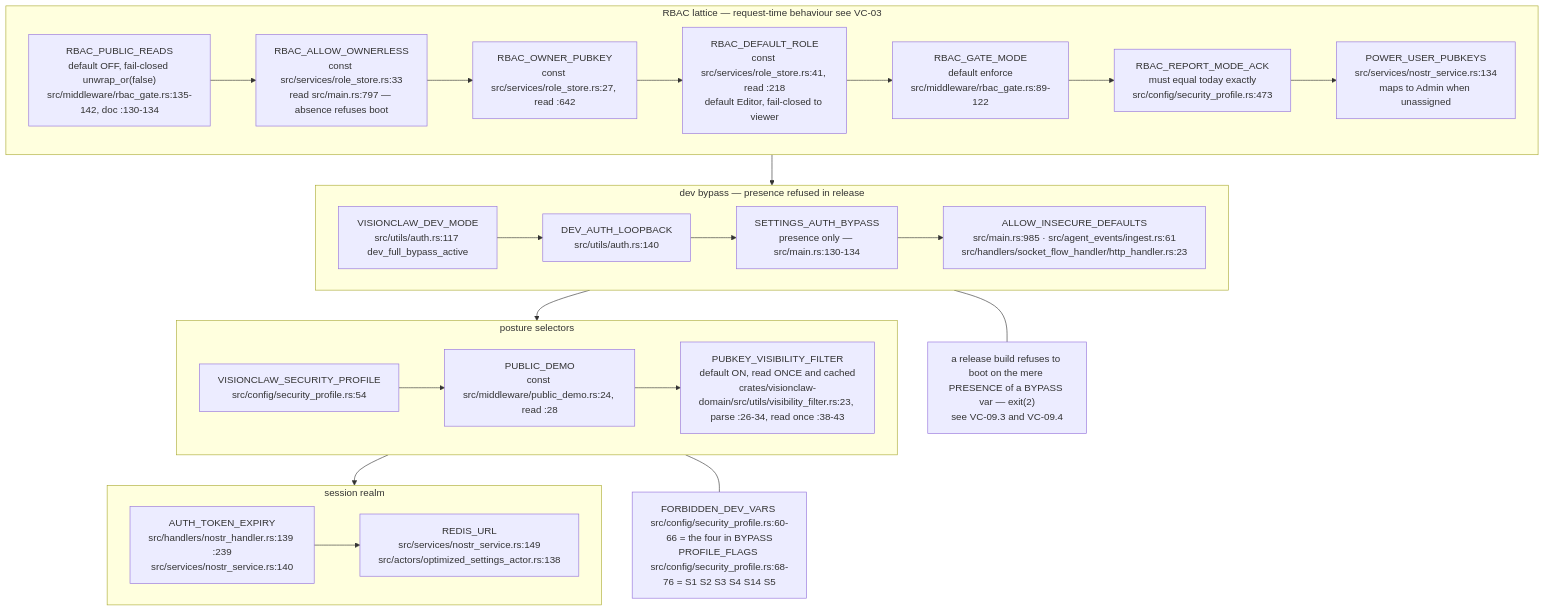
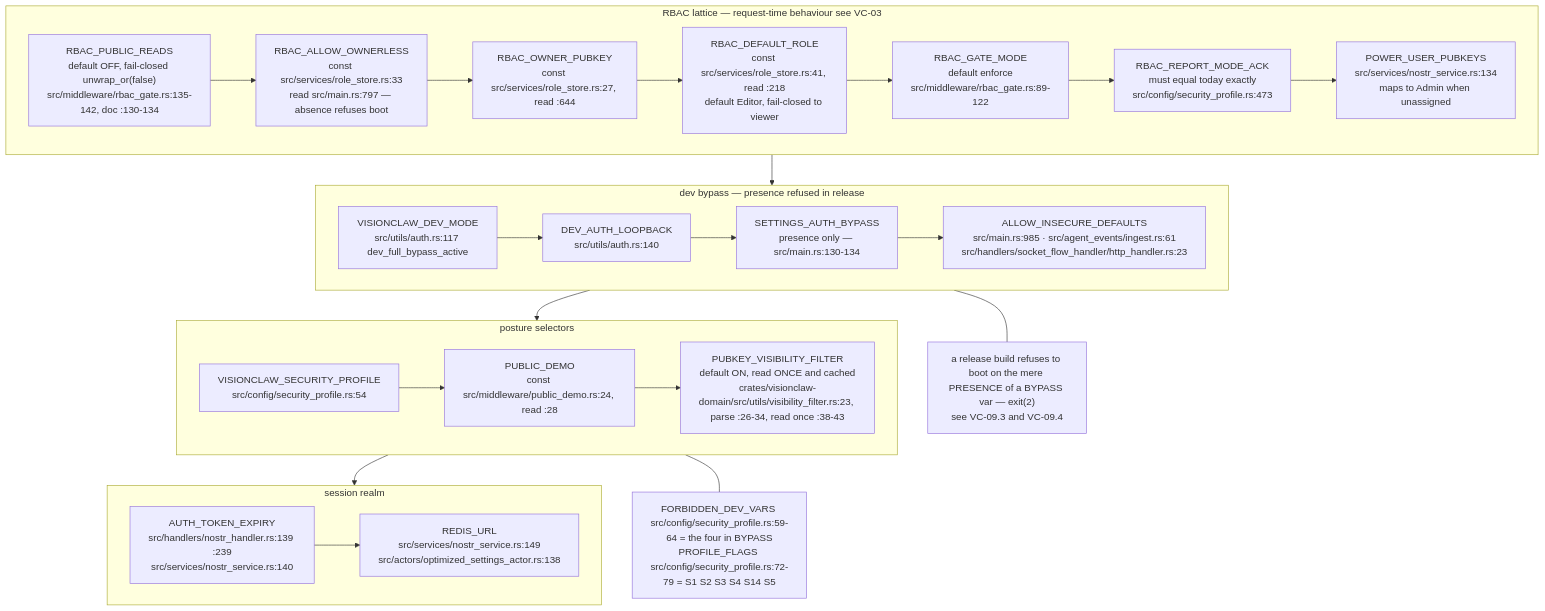
The ninth of 16 diagrams in docs/diagrams/visionclaw/09-config-and-env-flags.md (DreamLab-AI/VisionFlow), drawn with Mermaid before and after one commit. The commit also changed other lines of this file and 173 other files, not shown here.

````diff
--- a/docs/diagrams/visionclaw/09-config-and-env-flags.md
+++ b/docs/diagrams/visionclaw/09-config-and-env-flags.md
@@ -414,20 +416,20 @@
 ```mermaid
 flowchart TB
     subgraph RBAC["RBAC lattice — request-time behaviour see VC-03"]
-        S1["RBAC_PUBLIC_READS<br/>default OFF, fail-closed unwrap_or(false)<br/>src/middleware/rbac_gate.rs:135-142, doc :130-134"] --> S2["RBAC_ALLOW_OWNERLESS<br/>const src/services/role_store.rs:33<br/>read src/main.rs:797 — absence refuses boot"] --> S3["RBAC_OWNER_PUBKEY<br/>const src/services/role_store.rs:27, read :642"] --> S4["RBAC_DEFAULT_ROLE<br/>const src/services/role_store.rs:41, read :218<br/>default Editor, fail-closed to viewer"] --> S5["RBAC_GATE_MODE<br/>default enforce<br/>src/middleware/rbac_gate.rs:89-122"] --> S6["RBAC_REPORT_MODE_ACK<br/>must equal today exactly<br/>src/config/security_profile.rs:473"] --> S7["POWER_USER_PUBKEYS<br/>src/services/nostr_service.rs:134<br/>maps to Admin when unassigned"]
+        S1["RBAC_PUBLIC_READS<br/>default OFF, fail-closed unwrap_or(false)<br/>src/middleware/rbac_gate.rs:135-142, doc :130-134"] --> S2["RBAC_ALLOW_OWNERLESS<br/>const src/services/role_store.rs:33<br/>read src/main.rs:797 — absence refuses boot"] --> S3["RBAC_OWNER_PUBKEY<br/>const src/services/role_store.rs:27, read :644"] --> S4["RBAC_DEFAULT_ROLE<br/>const src/services/role_store.rs:41, read :218<br/>default Editor, fail-closed to viewer"] --> S5["RBAC_GATE_MODE<br/>default enforce<br/>src/middleware/rbac_gate.rs:89-122"] --> S6["RBAC_REPORT_MODE_ACK<br/>must equal today exactly<br/>src/config/security_profile.rs:473"] --> S7["POWER_USER_PUBKEYS<br/>src/services/nostr_service.rs:134<br/>maps to Admin when unassigned"]
     end
     subgraph BYPASS["dev bypass — presence refused in release"]
         S8["VISIONCLAW_DEV_MODE<br/>src/utils/auth.rs:117 dev_full_bypass_active"] --> S9["DEV_AUTH_LOOPBACK<br/>src/utils/auth.rs:140"] --> S10["SETTINGS_AUTH_BYPASS<br/>presence only — src/main.rs:130-134"] --> S11["ALLOW_INSECURE_DEFAULTS<br/>src/main.rs:985 · src/agent_events/ingest.rs:61<br/>src/handlers/socket_flow_handler/http_handler.rs:23"]
     end
     subgraph POSTURE["posture selectors"]
         S12["VISIONCLAW_SECURITY_PROFILE<br/>src/config/security_profile.rs:54"] --> S13["PUBLIC_DEMO<br/>const src/middleware/public_demo.rs:24, read :28"] --> S14["PUBKEY_VISIBILITY_FILTER<br/>default ON, read ONCE and cached<br/>crates/visionclaw-domain/src/utils/visibility_filter.rs:23, parse :26-34, read once :38-43"]
     end
     subgraph SESS["session realm"]
         S15["AUTH_TOKEN_EXPIRY<br/>src/handlers/nostr_handler.rs:139 :239<br/>src/services/nostr_service.rs:140"] --> S16["REDIS_URL<br/>src/services/nostr_service.rs:149<br/>src/actors/optimized_settings_actor.rs:138"]
     end
     RBAC --> BYPASS --> POSTURE --> SESS
-    N2["FORBIDDEN_DEV_VARS src/config/security_profile.rs:60-66 = the four in BYPASS<br/>PROFILE_FLAGS src/config/security_profile.rs:68-76 = S1 S2 S3 S4 S14 S5"]
+    N2["FORBIDDEN_DEV_VARS src/config/security_profile.rs:59-64 = the four in BYPASS<br/>PROFILE_FLAGS src/config/security_profile.rs:72-79 = S1 S2 S3 S4 S14 S5"]
     POSTURE --- N2
     N3["a release build refuses to boot on the mere PRESENCE of a BYPASS var — exit(2)<br/>see VC-09.3 and VC-09.4"]
     BYPASS --- N3
 ```
````
